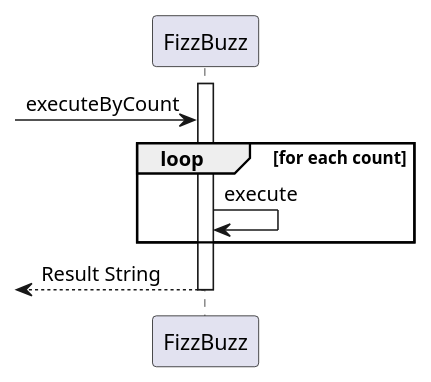
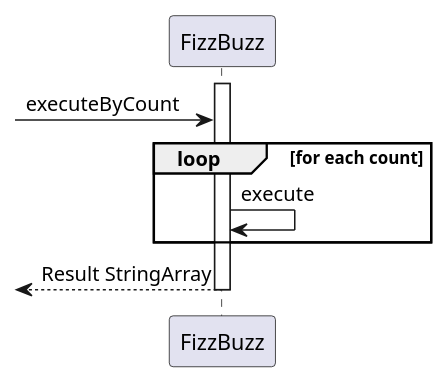
One commit to k2works/etude_for_java changed the second of 2 diagrams in docs/src/fizzbuzz.md. Above: the diagram before and after it, drawn with PlantUML. The commit also changed 4 other files, not shown here.

First line of the commit message:
FizzBuzz #EFJ-8

````diff
--- a/docs/src/fizzbuzz.md
+++ b/docs/src/fizzbuzz.md
@@ -37,11 +37,11 @@
 ```puml
 @startuml
    activate FizzBuzz
    -> FizzBuzz :executeByCount
    loop for each count
       FizzBuzz -> FizzBuzz :execute
    end
-   <-- FizzBuzz :Result String
+   <-- FizzBuzz :Result StringArray
    deactivate FizzBuzz
 @enduml
 ```
````
